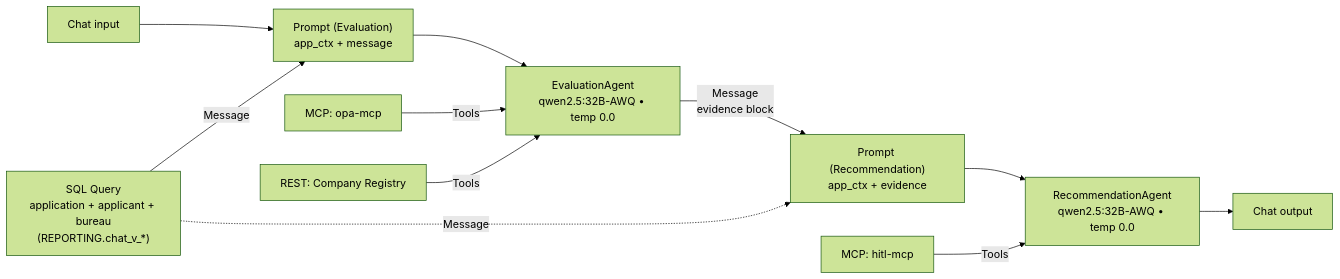
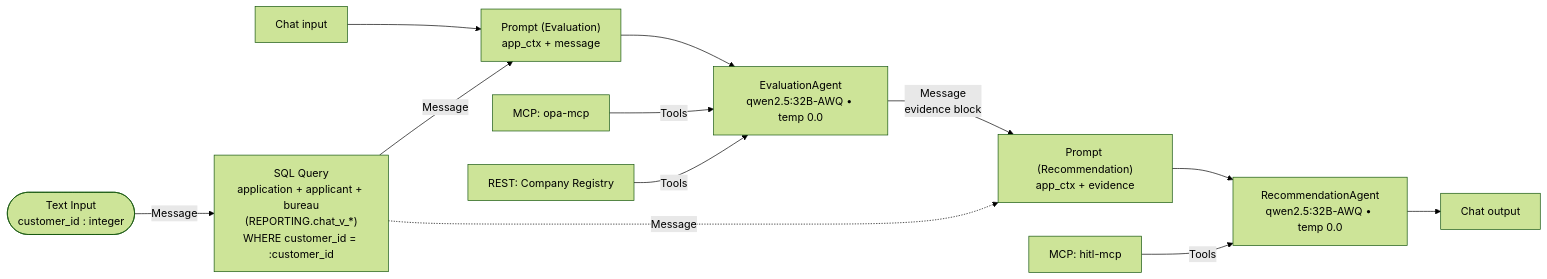
One commit to vmleon/oracle-database-private-agent-factory-poc changed the diagram in paf/flows/CHAT_WORKFLOW.md. Above: the diagram before and after it, drawn with Mermaid (forest theme). The commit also changed other lines of this file and 1 other file, not shown here.

Commit message:
docs(chat_workflow): parameterise customer_id via :bind flow input

````diff
--- a/paf/flows/CHAT_WORKFLOW.md
+++ b/paf/flows/CHAT_WORKFLOW.md
@@ -54,15 +56,16 @@
 ```mermaid
 flowchart LR
+    CID(["Text Input<br/>customer_id : integer"]) -->|Message| CTX
     CI["Chat input"] --> EP["Prompt (Evaluation)<br/>app_ctx + message"]
-    CTX["SQL Query<br/>application + applicant + bureau<br/>(REPORTING.chat_v_*)"] -->|Message| EP
+    CTX["SQL Query<br/>application + applicant + bureau<br/>(REPORTING.chat_v_*)<br/>WHERE customer_id = :customer_id"] -->|Message| EP
     EP --> EA["EvaluationAgent<br/>qwen2.5:32B-AWQ • temp 0.0"]
     OPA["MCP: opa-mcp"] -->|Tools| EA
     REG["REST: Company Registry"] -->|Tools| EA
 
     EA -->|Message<br/>evidence block| RP["Prompt (Recommendation)<br/>app_ctx + evidence"]
     CTX -.->|Message| RP
     RP --> RA["RecommendationAgent<br/>qwen2.5:32B-AWQ • temp 0.0"]
     HITL["MCP: hitl-mcp"] -->|Tools| RA
 
     RA --> CO["Chat output"]
 ```
````
